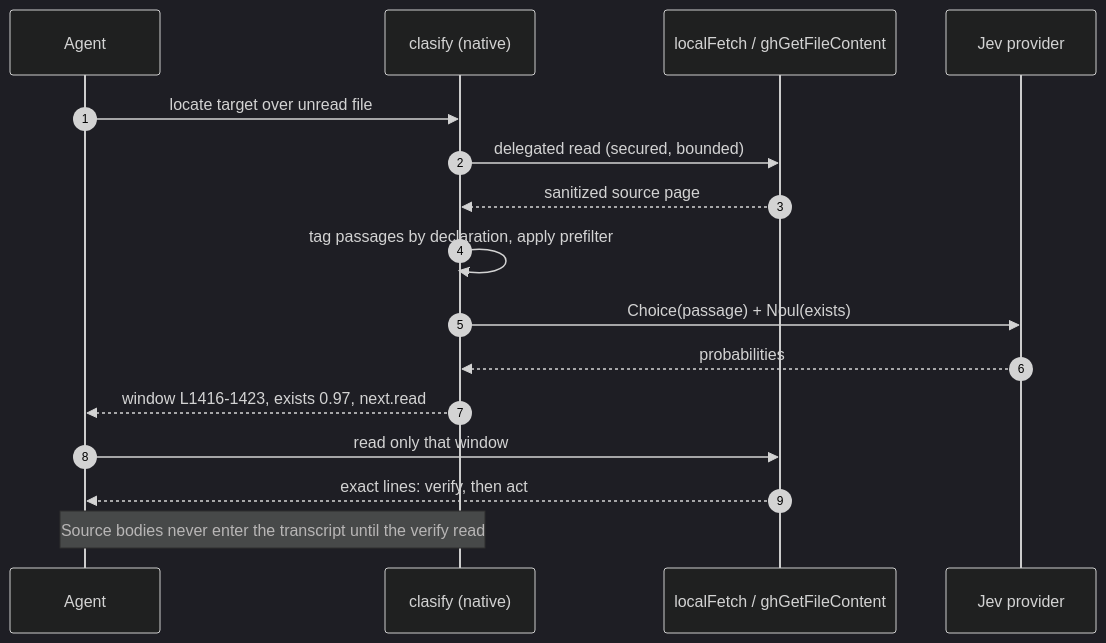
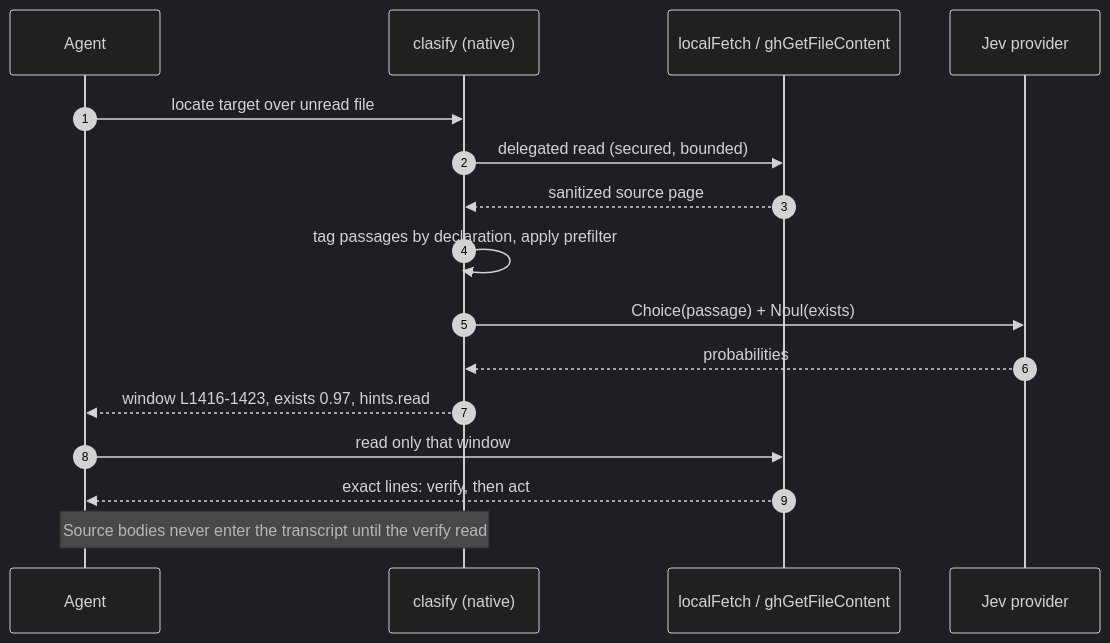
One commit to bgauryy/octocode changed the third of 4 diagrams in docs/OCTOCODE_CLASIFY.md. Above: the diagram before and after it, drawn with Mermaid (dark theme). The commit also changed other lines of this file and 374 other files, not shown here.

````diff
--- a/docs/OCTOCODE_CLASIFY.md
+++ b/docs/OCTOCODE_CLASIFY.md
@@ -141,18 +141,18 @@
 ```mermaid
 sequenceDiagram
     autonumber
     participant A as Agent
     participant C as clasify (native)
     participant T as localFetch / ghGetFileContent
     participant J as Jev provider
     A->>C: locate target over unread file
     C->>T: delegated read (secured, bounded)
     T-->>C: sanitized source page
     C->>C: tag passages by declaration, apply prefilter
     C->>J: Choice(passage) + Noul(exists)
     J-->>C: probabilities
-    C-->>A: window L1416-1423, exists 0.97, next.read
+    C-->>A: window L1416-1423, exists 0.97, hints.read
     A->>T: read only that window
     T-->>A: exact lines: verify, then act
     Note over A,C: Source bodies never enter the transcript until the verify read
 ```
````
